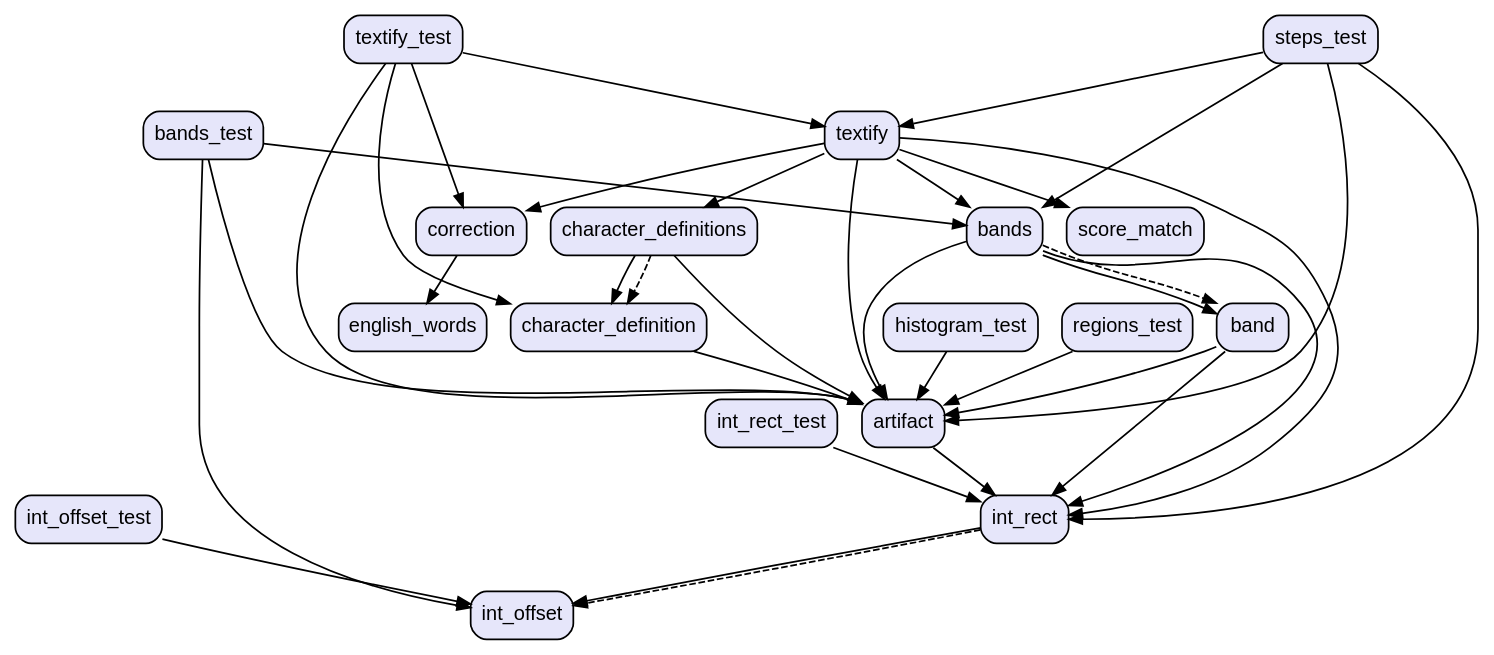
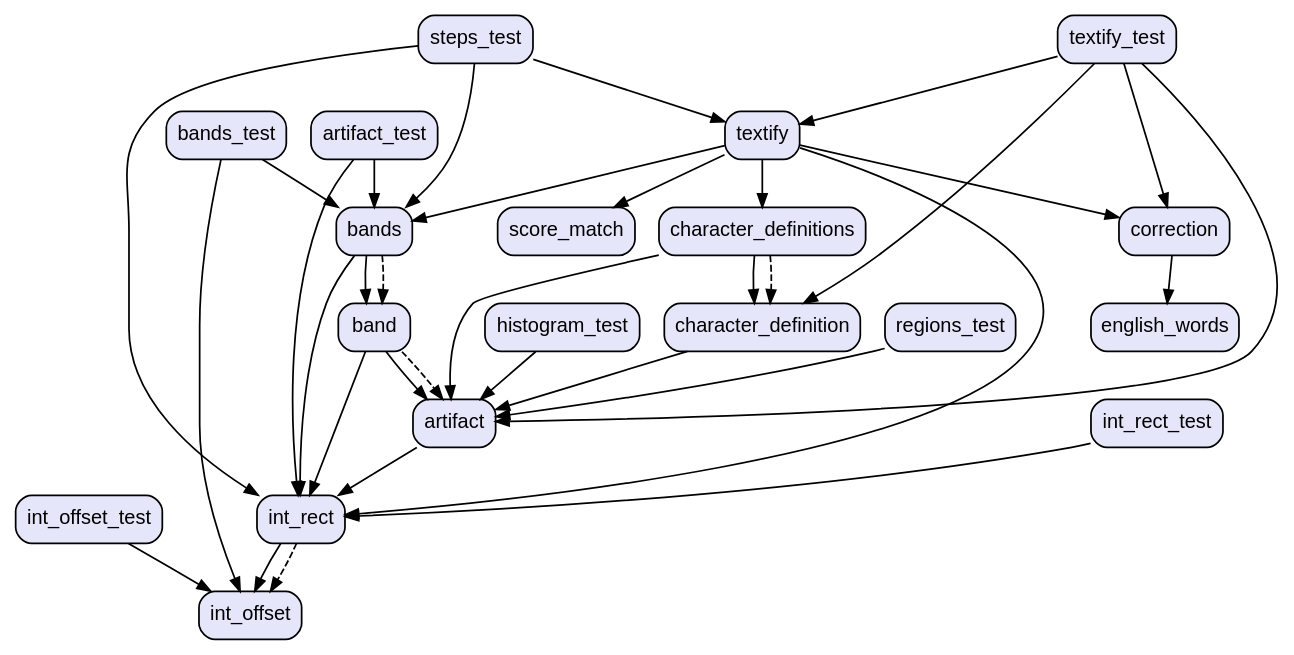
One commit to vteam-com/TEXTify changed the diagram in graph.dot. Above: the diagram before and after it, drawn with Graphviz. The commit also changed 9 other files, not shown here.

```diff
--- a/graph.dot
+++ b/graph.dot
@@ -1,58 +1,58 @@
 digraph "" {
   graph [style=rounded fontname="Arial Black" fontsize=13 penwidth=2.6];
   node [shape=rect style="filled,rounded" fontname=Arial fontsize=15 fillcolor=Lavender penwidth=1.3];
   edge [penwidth=1.3];
   "/test/int_offset_test.dart" [label="int_offset_test"];
   "/test/int_rect_test.dart" [label="int_rect_test"];
   "/test/textify_test.dart" [label="textify_test"];
   "/test/bands_test.dart" [label="bands_test"];
+  "/test/artifact_test.dart" [label="artifact_test"];
   "/test/histogram_test.dart" [label="histogram_test"];
   "/test/regions_test.dart" [label="regions_test"];
   "/test/steps_test.dart" [label="steps_test"];
   "/lib/band.dart" [label="band"];
   "/lib/artifact.dart" [label="artifact"];
   "/lib/score_match.dart" [label="score_match"];
   "/lib/character_definition.dart" [label="character_definition"];
   "/lib/int_rect.dart" [label="int_rect"];
   "/lib/textify.dart" [label="textify"];
   "/lib/character_definitions.dart" [label="character_definitions"];
   "/lib/correction.dart" [label="correction"];
   "/lib/english_words.dart" [label="english_words"];
   "/lib/int_offset.dart" [label="int_offset"];
   "/lib/bands.dart" [label="bands"];
   "/test/int_offset_test.dart" -> "/lib/int_offset.dart";
   "/test/int_rect_test.dart" -> "/lib/int_rect.dart";
   "/test/textify_test.dart" -> "/lib/artifact.dart";
   "/test/textify_test.dart" -> "/lib/character_definition.dart";
   "/test/textify_test.dart" -> "/lib/correction.dart";
   "/test/textify_test.dart" -> "/lib/textify.dart";
-  "/test/bands_test.dart" -> "/lib/artifact.dart";
   "/test/bands_test.dart" -> "/lib/bands.dart";
   "/test/bands_test.dart" -> "/lib/int_offset.dart";
+  "/test/artifact_test.dart" -> "/lib/bands.dart";
+  "/test/artifact_test.dart" -> "/lib/int_rect.dart";
   "/test/histogram_test.dart" -> "/lib/artifact.dart";
   "/test/regions_test.dart" -> "/lib/artifact.dart";
-  "/test/steps_test.dart" -> "/lib/artifact.dart";
   "/test/steps_test.dart" -> "/lib/bands.dart";
   "/test/steps_test.dart" -> "/lib/int_rect.dart";
   "/test/steps_test.dart" -> "/lib/textify.dart";
   "/lib/band.dart" -> "/lib/artifact.dart";
   "/lib/band.dart" -> "/lib/int_rect.dart";
+  "/lib/band.dart" -> "/lib/artifact.dart" [style=dashed];
   "/lib/artifact.dart" -> "/lib/int_rect.dart";
   "/lib/character_definition.dart" -> "/lib/artifact.dart";
   "/lib/int_rect.dart" -> "/lib/int_offset.dart";
   "/lib/int_rect.dart" -> "/lib/int_offset.dart" [style=dashed];
-  "/lib/textify.dart" -> "/lib/artifact.dart";
   "/lib/textify.dart" -> "/lib/bands.dart";
   "/lib/textify.dart" -> "/lib/character_definitions.dart";
   "/lib/textify.dart" -> "/lib/correction.dart";
   "/lib/textify.dart" -> "/lib/int_rect.dart";
   "/lib/textify.dart" -> "/lib/score_match.dart";
   "/lib/character_definitions.dart" -> "/lib/artifact.dart";
   "/lib/character_definitions.dart" -> "/lib/character_definition.dart";
   "/lib/character_definitions.dart" -> "/lib/character_definition.dart" [style=dashed];
   "/lib/correction.dart" -> "/lib/english_words.dart";
-  "/lib/bands.dart" -> "/lib/artifact.dart";
   "/lib/bands.dart" -> "/lib/band.dart";
   "/lib/bands.dart" -> "/lib/int_rect.dart";
   "/lib/bands.dart" -> "/lib/band.dart" [style=dashed];
 }
```
